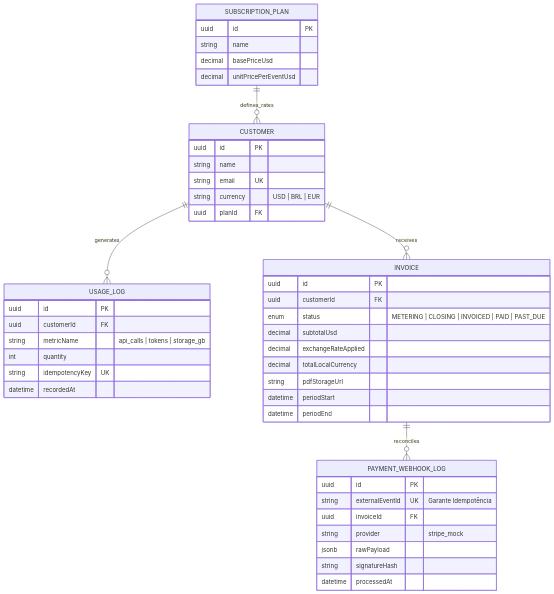
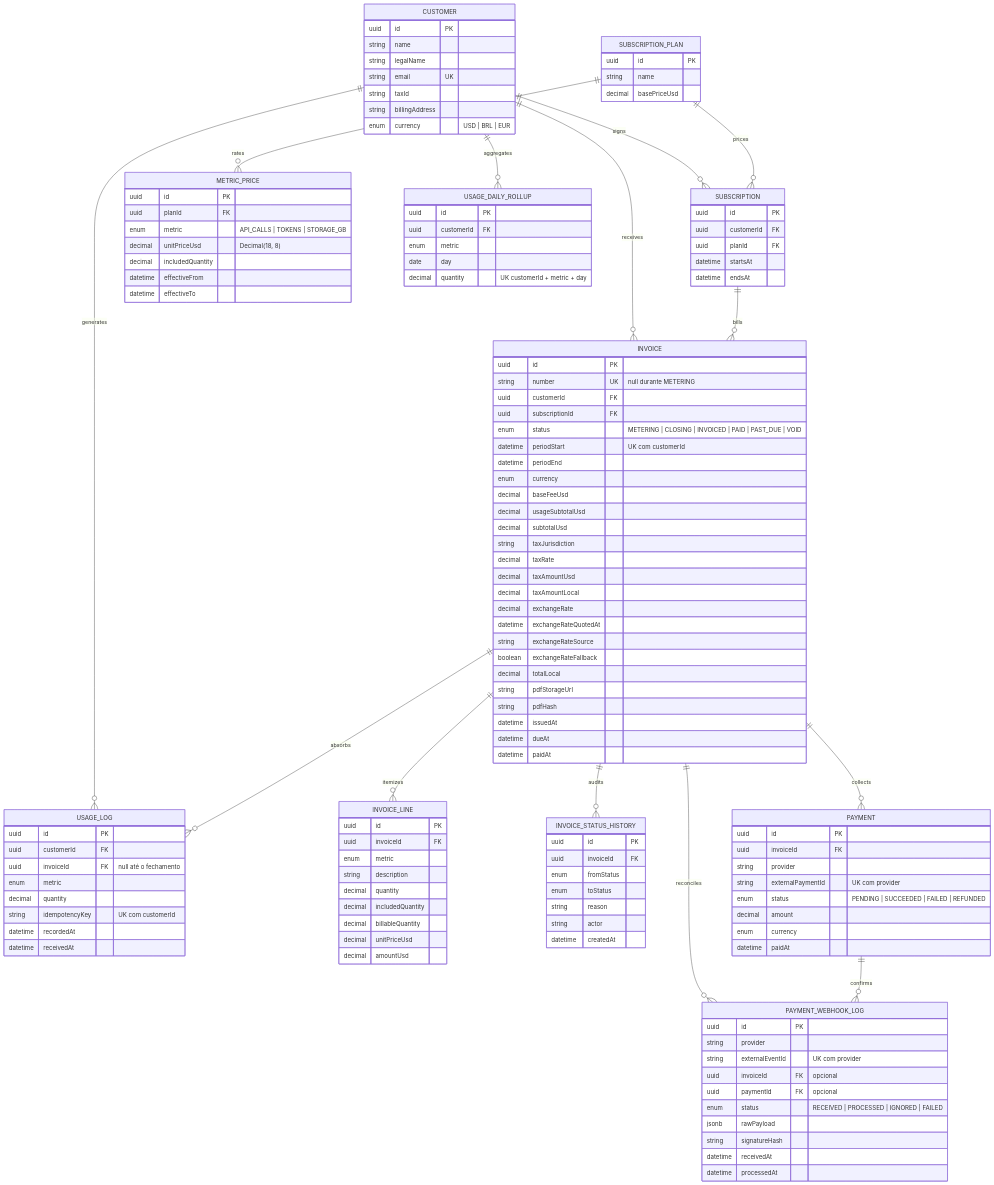
The diagram in README.md (Sir-Aguiar/PulseBill), drawn with Mermaid before and after one commit. The commit also changed other lines of this file and 2 other files, not shown here.

Commit message:
Add detailed documentation for database entities in entities.md, including models for Customer, SubscriptionPlan, MetricPrice, Subscription, UsageLog, UsageDailyRollup, Invoice, InvoiceLine, InvoiceStatusHistory, and Payment. Update README.md to reflect changes in database structure and data types. Enhance Prisma schema with new enums and models for improved clarity and functionality.

````diff
--- a/README.md
+++ b/README.md
@@ -42,53 +42,143 @@
 ```mermaid
 erDiagram
+    CUSTOMER ||--o{ SUBSCRIPTION : signs
+    SUBSCRIPTION_PLAN ||--o{ SUBSCRIPTION : prices
+    SUBSCRIPTION_PLAN ||--o{ METRIC_PRICE : rates
     CUSTOMER ||--o{ USAGE_LOG : generates
+    CUSTOMER ||--o{ USAGE_DAILY_ROLLUP : aggregates
     CUSTOMER ||--o{ INVOICE : receives
-    SUBSCRIPTION_PLAN ||--o{ CUSTOMER : defines_rates
+    SUBSCRIPTION ||--o{ INVOICE : bills
+    INVOICE ||--o{ INVOICE_LINE : itemizes
+    INVOICE ||--o{ INVOICE_STATUS_HISTORY : audits
+    INVOICE ||--o{ PAYMENT : collects
     INVOICE ||--o{ PAYMENT_WEBHOOK_LOG : reconciles
+    PAYMENT ||--o{ PAYMENT_WEBHOOK_LOG : confirms
+    INVOICE ||--o{ USAGE_LOG : absorbs
 
     CUSTOMER {
         uuid id PK
         string name
+        string legalName
         string email UK
-        string currency "USD | BRL | EUR"
-        uuid planId FK
+        string taxId
+        string billingAddress
+        enum currency "USD | BRL | EUR"
     }
 
     SUBSCRIPTION_PLAN {
         uuid id PK
         string name
         decimal basePriceUsd
-        decimal unitPricePerEventUsd
+    }
+
+    METRIC_PRICE {
+        uuid id PK
+        uuid planId FK
+        enum metric "API_CALLS | TOKENS | STORAGE_GB"
+        decimal unitPriceUsd "Decimal(18, 8)"
+        decimal includedQuantity
+        datetime effectiveFrom
+        datetime effectiveTo
+    }
+
+    SUBSCRIPTION {
+        uuid id PK
+        uuid customerId FK
+        uuid planId FK
+        datetime startsAt
+        datetime endsAt
     }
 
     USAGE_LOG {
         uuid id PK
         uuid customerId FK
-        string metricName "api_calls | tokens | storage_gb"
-        int quantity
-        string idempotencyKey UK
+        uuid invoiceId FK "null até o fechamento"
+        enum metric
+        decimal quantity
+        string idempotencyKey "UK com customerId"
         datetime recordedAt
+        datetime receivedAt
+    }
+
+    USAGE_DAILY_ROLLUP {
+        uuid id PK
+        uuid customerId FK
+        enum metric
+        date day
+        decimal quantity "UK customerId + metric + day"
     }
 
     INVOICE {
         uuid id PK
+        string number UK "null durante METERING"
         uuid customerId FK
-        enum status "METERING | CLOSING | INVOICED | PAID | PAST_DUE"
+        uuid subscriptionId FK
+        enum status "METERING | CLOSING | INVOICED | PAID | PAST_DUE | VOID"
+        datetime periodStart "UK com customerId"
+        datetime periodEnd
+        enum currency
+        decimal baseFeeUsd
+        decimal usageSubtotalUsd
         decimal subtotalUsd
-        decimal exchangeRateApplied
-        decimal totalLocalCurrency
+        string taxJurisdiction
+        decimal taxRate
+        decimal taxAmountUsd
+        decimal taxAmountLocal
+        decimal exchangeRate
+        datetime exchangeRateQuotedAt
+        string exchangeRateSource
+        boolean exchangeRateFallback
+        decimal totalLocal
         string pdfStorageUrl
-        datetime periodStart
-        datetime periodEnd
+        string pdfHash
+        datetime issuedAt
+        datetime dueAt
+        datetime paidAt
+    }
+
+    INVOICE_LINE {
+        uuid id PK
+        uuid invoiceId FK
+        enum metric
+        string description
+        decimal quantity
+        decimal includedQuantity
+        decimal billableQuantity
+        decimal unitPriceUsd
+        decimal amountUsd
+    }
+
+    INVOICE_STATUS_HISTORY {
+        uuid id PK
+        uuid invoiceId FK
+        enum fromStatus
+        enum toStatus
+        string reason
+        string actor
+        datetime createdAt
+    }
+
+    PAYMENT {
+        uuid id PK
+        uuid invoiceId FK
+        string provider
+        string externalPaymentId "UK com provider"
+        enum status "PENDING | SUCCEEDED | FAILED | REFUNDED"
+        decimal amount
+        enum currency
+        datetime paidAt
     }
 
     PAYMENT_WEBHOOK_LOG {
         uuid id PK
-        string externalEventId UK "Garante Idempotência"
-        uuid invoiceId FK
-        string provider "stripe_mock"
+        string provider
+        string externalEventId "UK com provider"
+        uuid invoiceId FK "opcional"
+        uuid paymentId FK "opcional"
+        enum status "RECEIVED | PROCESSED | IGNORED | FAILED"
         jsonb rawPayload
         string signatureHash
+        datetime receivedAt
         datetime processedAt
     }
 ```
````
